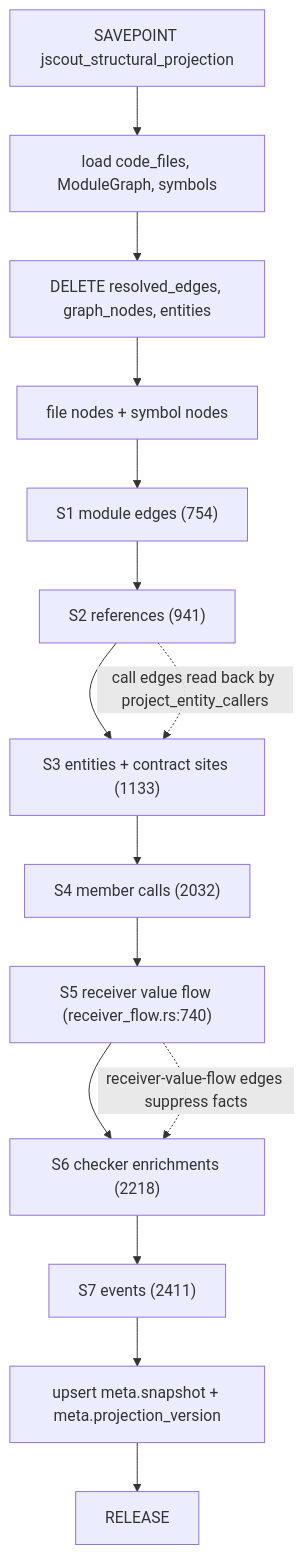
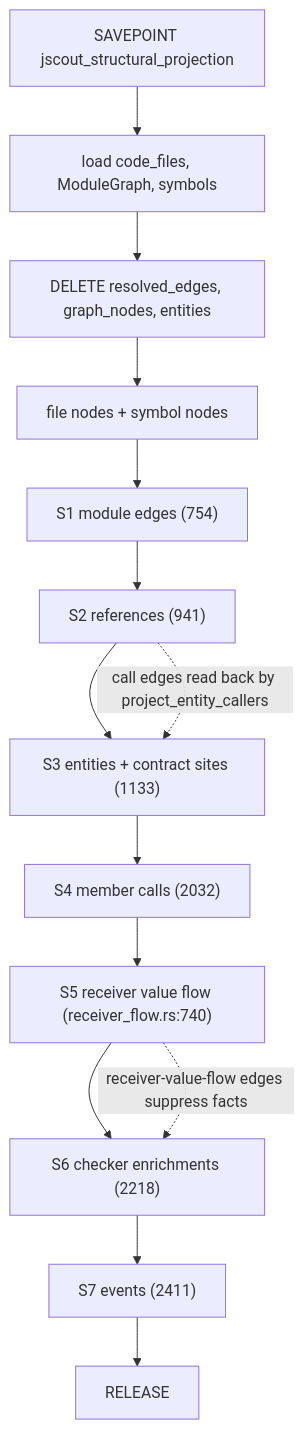
The second of 3 diagrams in docs/codebase-analysis/06-structural-extraction.md (iantocristian/jscout), drawn with Mermaid before and after one commit. The commit also changed other lines of this file and 10 other files, not shown here.

Commit message:
docs: refresh architecture analysis for plane identities

````diff
--- a/docs/codebase-analysis/06-structural-extraction.md
+++ b/docs/codebase-analysis/06-structural-extraction.md
@@ -90,17 +90,16 @@
 ```mermaid
 flowchart TD
   SP["SAVEPOINT jscout_structural_projection"] --> LOAD["load code_files, ModuleGraph, symbols"]
   LOAD --> DEL["DELETE resolved_edges, graph_nodes, entities"]
   DEL --> NODES["file nodes + symbol nodes"]
   NODES --> S1["S1 module edges (754)"]
   S1 --> S2["S2 references (941)"]
   S2 --> S3["S3 entities + contract sites (1133)"]
   S3 --> S4["S4 member calls (2032)"]
   S4 --> S5["S5 receiver value flow (receiver_flow.rs:740)"]
   S5 --> S6["S6 checker enrichments (2218)"]
   S6 --> S7["S7 events (2411)"]
-  S7 --> META["upsert meta.snapshot + meta.projection_version"]
-  META --> REL["RELEASE"]
+  S7 --> REL["RELEASE"]
   S2 -. "call edges read back by project_entity_callers" .-> S3
   S5 -. "receiver-value-flow edges suppress facts" .-> S6
 ```
````
